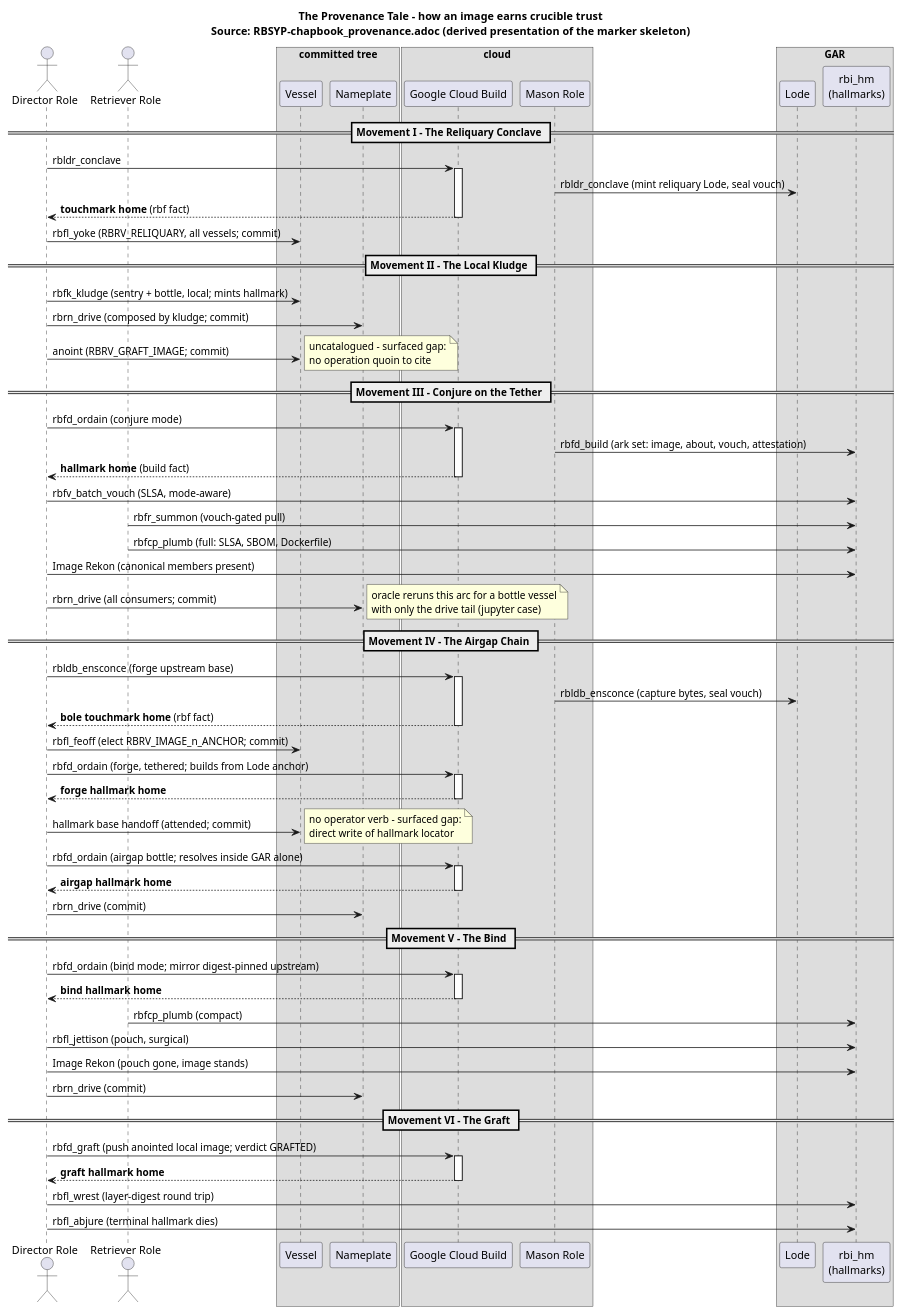
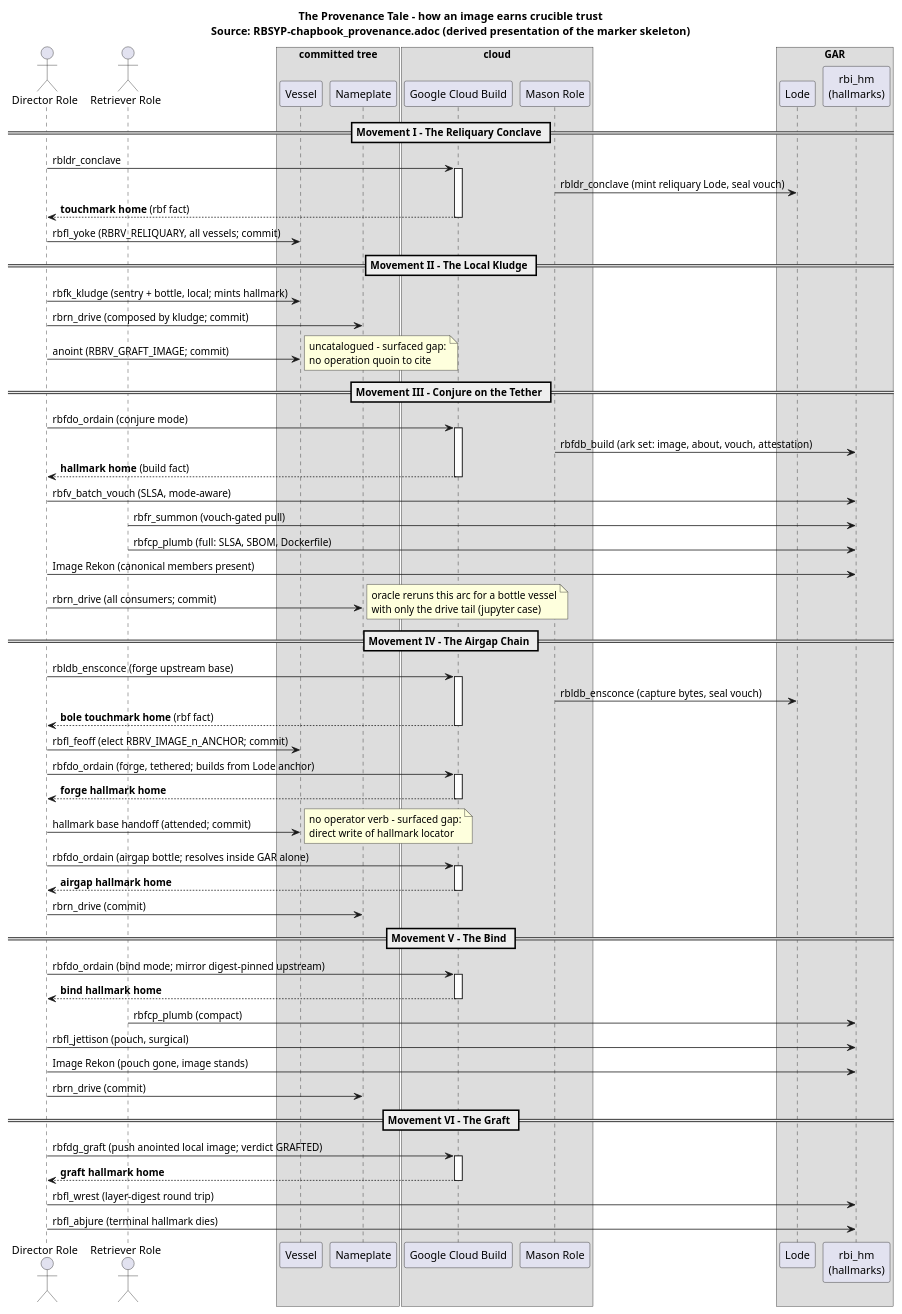
Before and after one commit to bhyslop/recipemuster: the diagram in vov_veiled/diagrams/rbdgp_provenance-tale.puml, drawn with PlantUML. The commit also changed 11 other files, not shown here.

```diff
--- a/vov_veiled/diagrams/rbdgp_provenance-tale.puml
+++ b/vov_veiled/diagrams/rbdgp_provenance-tale.puml
@@ -1,89 +1,89 @@
 @startuml
 title The Provenance Tale - how an image earns crucible trust\nSource: RBSYP-chapbook_provenance.adoc (derived presentation of the marker skeleton)
 
 actor "Director Role" as DIR
 actor "Retriever Role" as RET
 box "committed tree"
 participant "Vessel" as VES
 participant "Nameplate" as NPL
 end box
 box "cloud"
 participant "Google Cloud Build" as GCB
 participant "Mason Role" as MAS
 end box
 box "GAR"
 participant "Lode" as LODE
 participant "rbi_hm\n(hallmarks)" as HM
 end box
 
 == Movement I - The Reliquary Conclave ==
 
 DIR -> GCB : rbldr_conclave
 activate GCB
 MAS -> LODE : rbldr_conclave (mint reliquary Lode, seal vouch)
 GCB --> DIR : **touchmark home** (rbf fact)
 deactivate GCB
 DIR -> VES : rbfl_yoke (RBRV_RELIQUARY, all vessels; commit)
 
 == Movement II - The Local Kludge ==
 
 DIR -> VES : rbfk_kludge (sentry + bottle, local; mints hallmark)
 DIR -> NPL : rbrn_drive (composed by kludge; commit)
 DIR -> VES : anoint (RBRV_GRAFT_IMAGE; commit)
 note right : uncatalogued - surfaced gap:\nno operation quoin to cite
 
 == Movement III - Conjure on the Tether ==
 
-DIR -> GCB : rbfd_ordain (conjure mode)
+DIR -> GCB : rbfdo_ordain (conjure mode)
 activate GCB
-MAS -> HM : rbfd_build (ark set: image, about, vouch, attestation)
+MAS -> HM : rbfdb_build (ark set: image, about, vouch, attestation)
 GCB --> DIR : **hallmark home** (build fact)
 deactivate GCB
 DIR -> HM : rbfv_batch_vouch (SLSA, mode-aware)
 RET -> HM : rbfr_summon (vouch-gated pull)
 RET -> HM : rbfcp_plumb (full: SLSA, SBOM, Dockerfile)
 DIR -> HM : Image Rekon (canonical members present)
 DIR -> NPL : rbrn_drive (all consumers; commit)
 note right : oracle reruns this arc for a bottle vessel\nwith only the drive tail (jupyter case)
 
 == Movement IV - The Airgap Chain ==
 
 DIR -> GCB : rbldb_ensconce (forge upstream base)
 activate GCB
 MAS -> LODE : rbldb_ensconce (capture bytes, seal vouch)
 GCB --> DIR : **bole touchmark home** (rbf fact)
 deactivate GCB
 DIR -> VES : rbfl_feoff (elect RBRV_IMAGE_n_ANCHOR; commit)
-DIR -> GCB : rbfd_ordain (forge, tethered; builds from Lode anchor)
+DIR -> GCB : rbfdo_ordain (forge, tethered; builds from Lode anchor)
 activate GCB
 GCB --> DIR : **forge hallmark home**
 deactivate GCB
 DIR -> VES : hallmark base handoff (attended; commit)
 note right : no operator verb - surfaced gap:\ndirect write of hallmark locator
-DIR -> GCB : rbfd_ordain (airgap bottle; resolves inside GAR alone)
+DIR -> GCB : rbfdo_ordain (airgap bottle; resolves inside GAR alone)
 activate GCB
 GCB --> DIR : **airgap hallmark home**
 deactivate GCB
 DIR -> NPL : rbrn_drive (commit)
 
 == Movement V - The Bind ==
 
-DIR -> GCB : rbfd_ordain (bind mode; mirror digest-pinned upstream)
+DIR -> GCB : rbfdo_ordain (bind mode; mirror digest-pinned upstream)
 activate GCB
 GCB --> DIR : **bind hallmark home**
 deactivate GCB
 RET -> HM : rbfcp_plumb (compact)
 DIR -> HM : rbfl_jettison (pouch, surgical)
 DIR -> HM : Image Rekon (pouch gone, image stands)
 DIR -> NPL : rbrn_drive (commit)
 
 == Movement VI - The Graft ==
 
-DIR -> GCB : rbfd_graft (push anointed local image; verdict GRAFTED)
+DIR -> GCB : rbfdg_graft (push anointed local image; verdict GRAFTED)
 activate GCB
 GCB --> DIR : **graft hallmark home**
 deactivate GCB
 DIR -> HM : rbfl_wrest (layer-digest round trip)
 DIR -> HM : rbfl_abjure (terminal hallmark dies)
 
 @enduml
```
